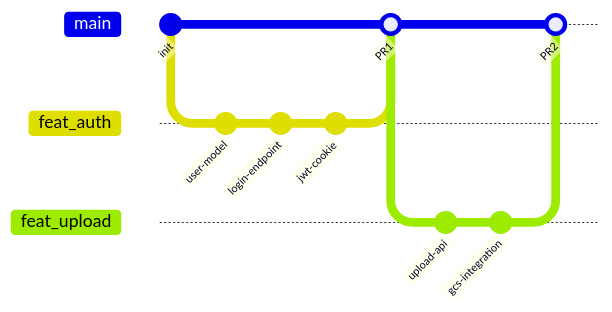
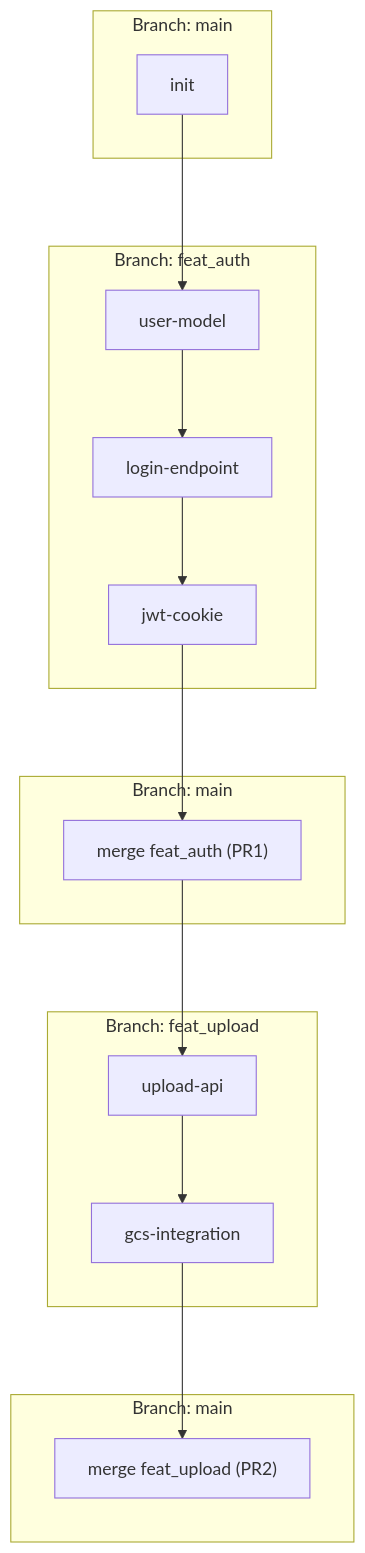
The third of 3 diagrams in docs/planejamento/cronograma.md (pedrohpsantos/EdTech), drawn with Mermaid before and after one commit. The commit also changed other lines of this file and 11 other files, not shown here.

Commit message:
refactor: update project documentation with standardized Mermaid diagrams and improved CSS styling

````diff
--- a/docs/planejamento/cronograma.md
+++ b/docs/planejamento/cronograma.md
@@ -72,15 +64,22 @@
 ```mermaid
-gitGraph
-    commit id: "init"
-    branch feat_auth
-    commit id: "user-model"
-    commit id: "login-endpoint"
-    commit id: "jwt-cookie"
-    checkout main
-    merge feat_auth id: "PR1"
-    branch feat_upload
-    commit id: "upload-api"
-    commit id: "gcs-integration"
-    checkout main
-    merge feat_upload id: "PR2"
+flowchart TD
+    %%{init: {"flowchart": {"nodeSpacing": 60, "rankSpacing": 80}}}%%
+    subgraph Main["Branch: main"]
+        M1["init"]
+    end
+    subgraph FeatAuth["Branch: feat_auth"]
+        M1 --> A1["user-model"]
+        A1 --> A2["login-endpoint"]
+        A2 --> A3["jwt-cookie"]
+    end
+    subgraph Main2["Branch: main"]
+        A3 --> M2["merge feat_auth (PR1)"]
+    end
+    subgraph FeatUpload["Branch: feat_upload"]
+        M2 --> U1["upload-api"]
+        U1 --> U2["gcs-integration"]
+    end
+    subgraph Main3["Branch: main"]
+        U2 --> M3["merge feat_upload (PR2)"]
+    end
 ```
````
